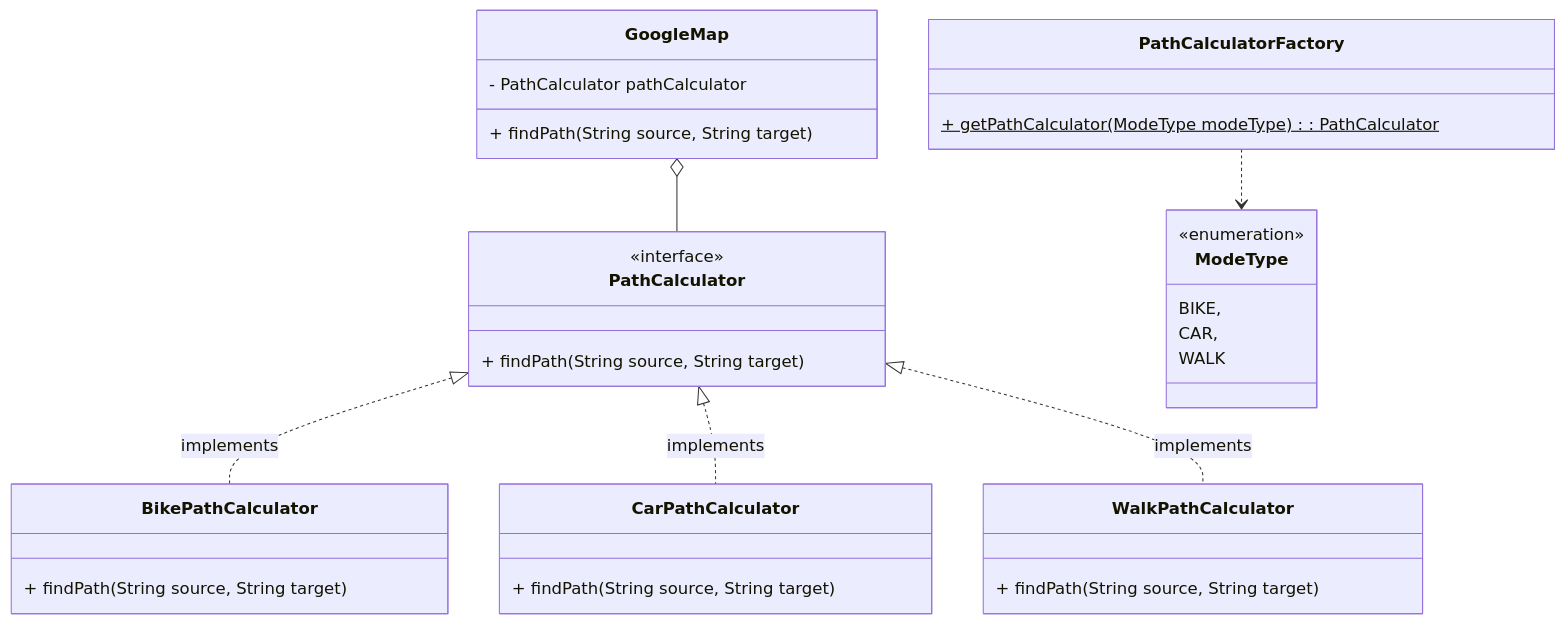
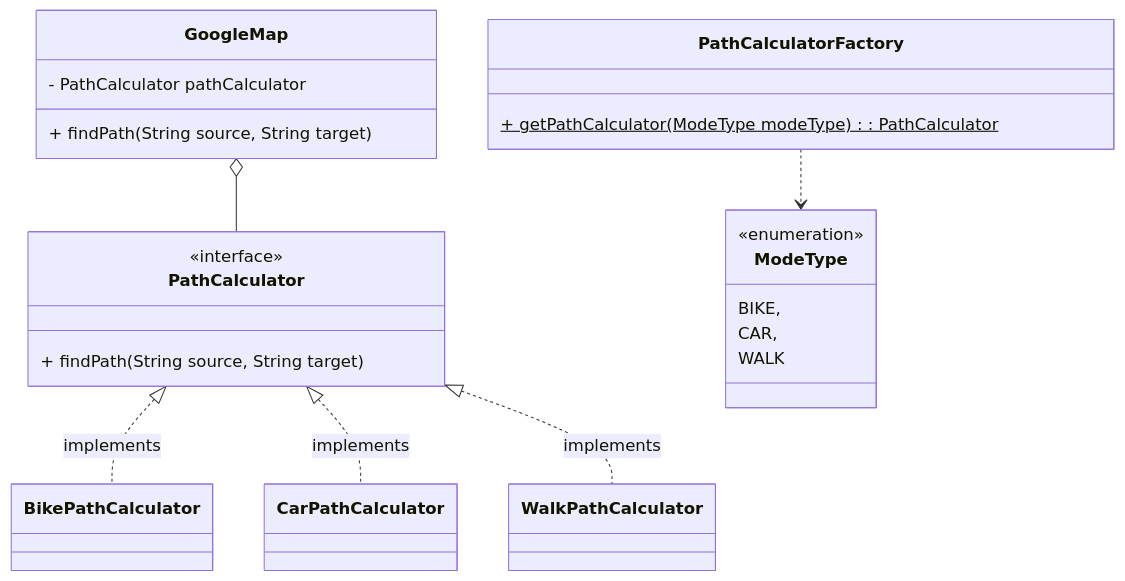
Before and after one commit to kk-engineer/lld1-130624: the diagram in src/main/java/in/itkaran/lld1130624/lld2/uml/Strategy.mmd, drawn with Mermaid. The commit also changed 2 other files, not shown here.

```diff
--- a/src/main/java/in/itkaran/lld1130624/lld2/uml/Strategy.mmd
+++ b/src/main/java/in/itkaran/lld1130624/lld2/uml/Strategy.mmd
@@ -1,41 +1,29 @@
 classDiagram
     class GoogleMap {
         - PathCalculator pathCalculator
         + findPath(String source, String target)
     }
 
     class PathCalculator {
         <<interface>>
         + findPath(String source, String target)
     }
 
     GoogleMap o-- PathCalculator
-
-    class BikePathCalculator {
-        + findPath(String source, String target)
-    }
-
-    class CarPathCalculator {
-        + findPath(String source, String target)
-    }
-
-    class WalkPathCalculator {
-        + findPath(String source, String target)
-    }
 
     PathCalculator <|.. BikePathCalculator : implements
     PathCalculator <|.. CarPathCalculator : implements
     PathCalculator <|.. WalkPathCalculator : implements
 
     class ModeType {
         <<enumeration>>
         BIKE,
         CAR,
         WALK
     }
 
     class PathCalculatorFactory {
         + getPathCalculator(ModeType modeType): PathCalculator $
     }
 
     PathCalculatorFactory ..> ModeType
```
